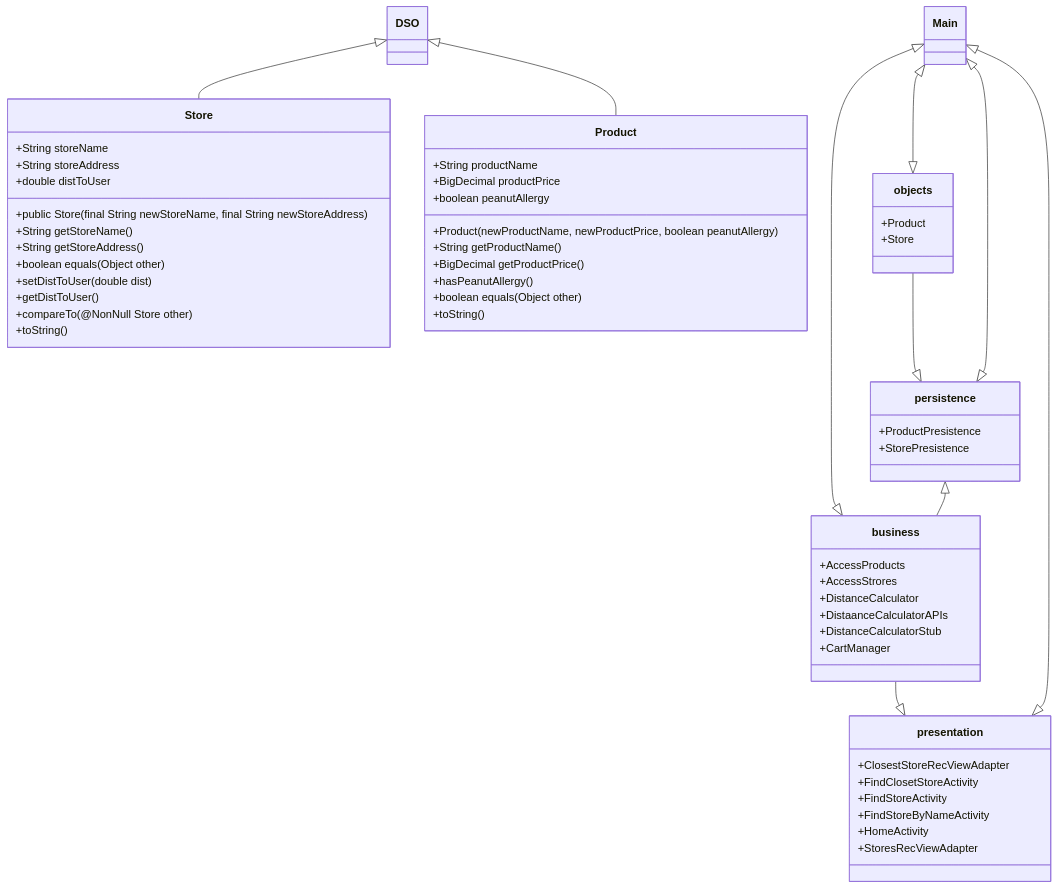
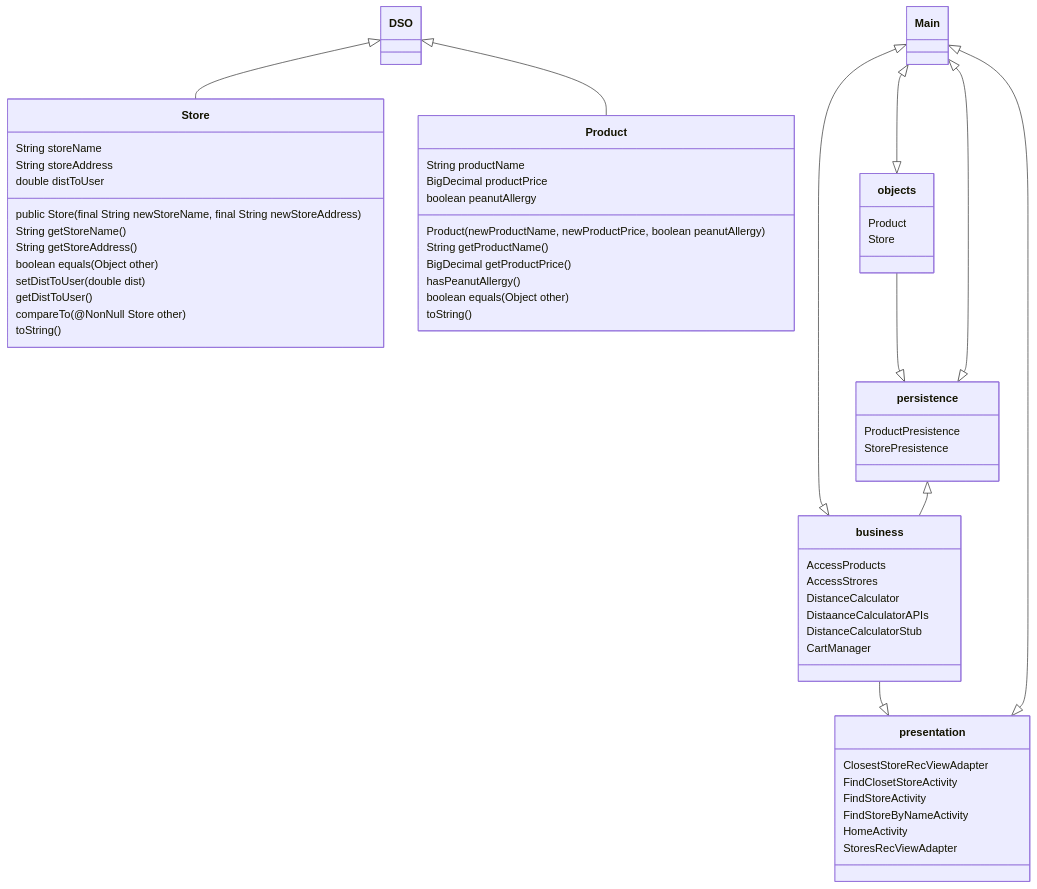
The diagram in ARCHITECTURE.md (timonchen/GoCart), drawn with Mermaid before and after one commit.

Commit message:
Replace ARCHITECTURE.md

````diff
--- a/ARCHITECTURE.md
+++ b/ARCHITECTURE.md
@@ -31,73 +31,74 @@
 ```mermaid
 classDiagram
    
     Main <|--|> business
     Main <|--|> objects
     Main <|--|> persistence 
     Main <|--|> presentation
     DSO <|-- Store
     DSO <|-- Product
     business --|> presentation
     persistence <|-- business
     objects --|> persistence
     class Main{
     }
 
  class business{
-	+AccessProducts
-	+AccessStrores
-	+DistanceCalculator
-	+DistaanceCalculatorAPIs
-	+DistanceCalculatorStub
-	+CartManager
+	AccessProducts
+	AccessStrores
+	DistanceCalculator
+	DistaanceCalculatorAPIs
+	DistanceCalculatorStub
+CartManager
+
 
 }
 
 class objects{
-+Product
-+Store
+Product
+Store
 }
 
 class persistence{
- +ProductPresistence
- +StorePresistence
+ProductPresistence
+StorePresistence
 }
 
 class presentation{
-+ClosestStoreRecViewAdapter
-+FindClosetStoreActivity
-+FindStoreActivity
-+FindStoreByNameActivity
-+HomeActivity
-+StoresRecViewAdapter
+ClosestStoreRecViewAdapter
+FindClosetStoreActivity
+FindStoreActivity
+FindStoreByNameActivity
+HomeActivity
+StoresRecViewAdapter
 }
  class DSO{
     }
 
 class Product{
- +String productName
-+BigDecimal productPrice
-+boolean peanutAllergy
-+Product(newProductName, newProductPrice, boolean peanutAllergy)
-+String getProductName()
-+BigDecimal getProductPrice()
-+hasPeanutAllergy()
-+boolean equals(Object other)
-+toString()
+String productName
+BigDecimal productPrice
+boolean peanutAllergy
+Product(newProductName, newProductPrice, boolean peanutAllergy)
+String getProductName()
+BigDecimal getProductPrice()
+hasPeanutAllergy()
+boolean equals(Object other)
+toString()
 
 }
 
 class Store{
-+String storeName
-+String storeAddress
-+double distToUser
-+public Store(final String newStoreName, final String newStoreAddress)
-+String getStoreName()
-+String getStoreAddress()
-+boolean equals(Object other) 
-+setDistToUser(double dist)
-+getDistToUser()
-+compareTo(@NonNull Store other) 
-+toString()
+String storeName
+String storeAddress
+double distToUser
+public Store(final String newStoreName, final String newStoreAddress)
+String getStoreName()
+String getStoreAddress()
+boolean equals(Object other) 
+setDistToUser(double dist)
+getDistToUser()
+compareTo(@NonNull Store other) 
+toString()
 }
 ```
````
